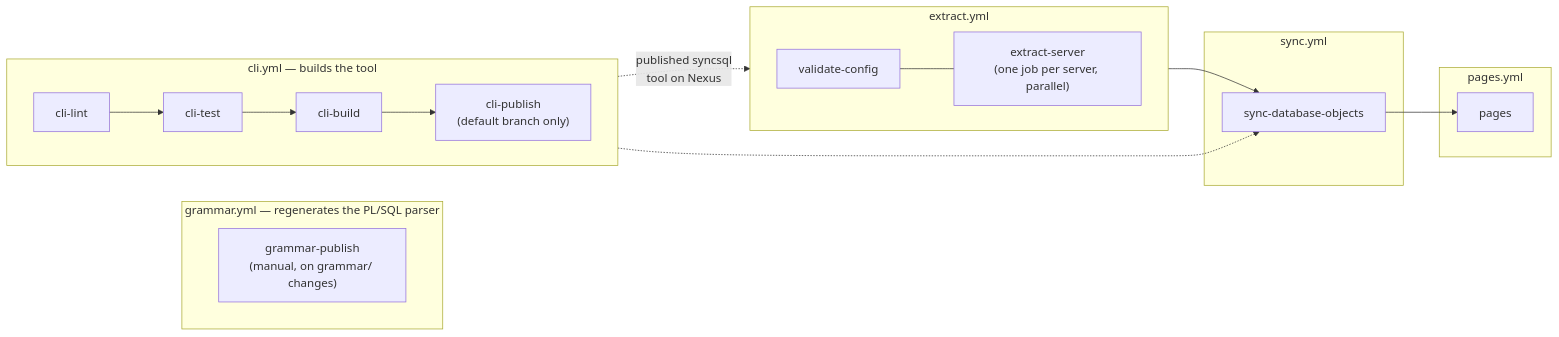
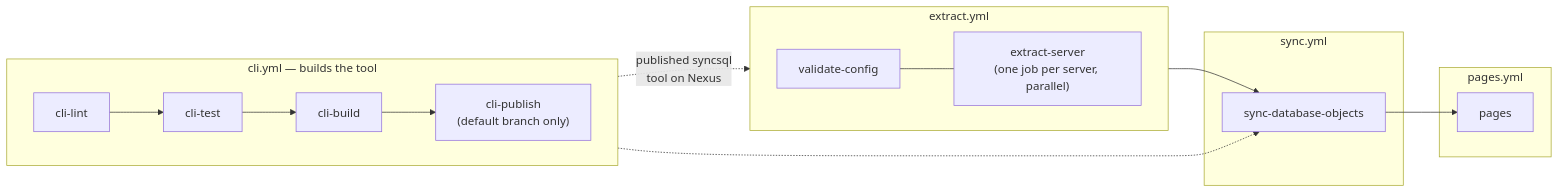
Before and after one commit to cangelosilima/SyncSQL: the diagram in .gitlab/README.md, drawn with Mermaid. The commit also changed other lines of this file and 19 other files, not shown here.

````diff
--- a/.gitlab/README.md
+++ b/.gitlab/README.md
@@ -55,28 +53,24 @@
 ```mermaid
 flowchart LR
-    subgraph grammar["grammar.yml — regenerates the PL/SQL parser"]
-        gp["grammar-publish\n(manual, on grammar/ changes)"]
-    end
-
     subgraph cli["cli.yml — builds the tool"]
         direction LR
         clint[cli-lint] --> ctest[cli-test] --> cbuild[cli-build] --> cpub["cli-publish\n(default branch only)"]
     end
 
     subgraph extract["extract.yml"]
         direction LR
         vc[validate-config] --- es["extract-server\n(one job per server, parallel)"]
     end
 
     subgraph sync["sync.yml"]
         sdo[sync-database-objects]
     end
 
     subgraph pages["pages.yml"]
         pg[pages]
     end
 
     cpub -.->|"published syncsql\ntool on Nexus"| es
     cpub -.-> sdo
     es --> sdo --> pg
 ```
````
